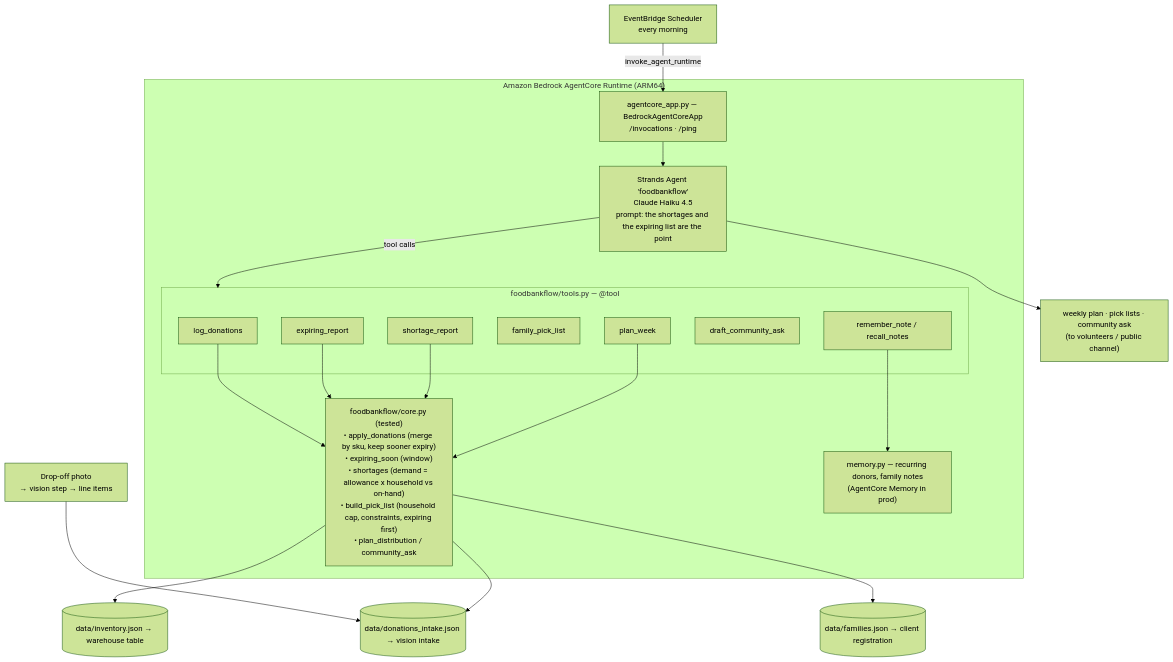
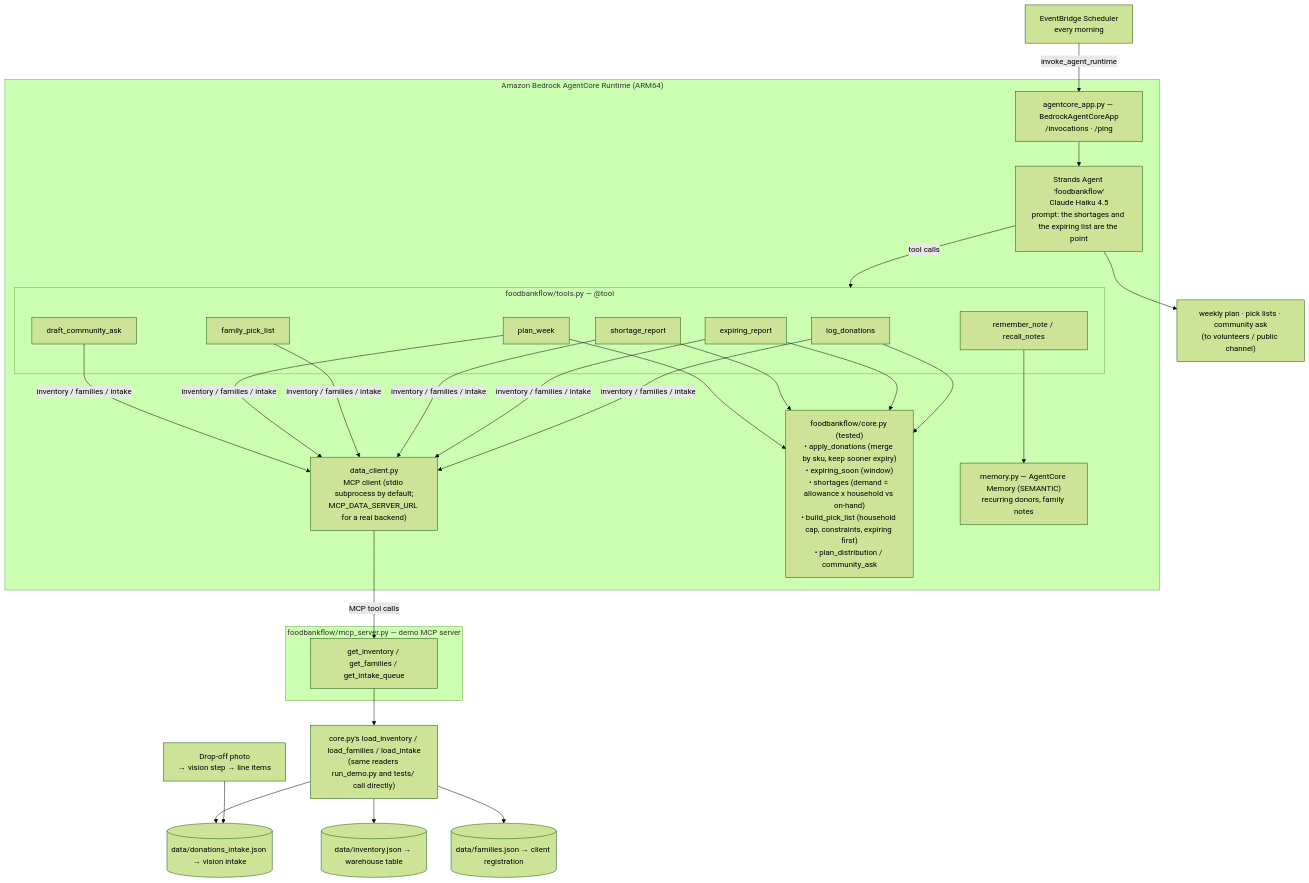
Before and after one commit to nareshsaladi54-wq/foodbank-flow-agent: the diagram in ARCHITECTURE.md, drawn with Mermaid (forest theme). The commit also changed other lines of this file, not shown here.

First line of the commit message:
Document the MCP data-access change in ARCHITECTURE.md

````diff
--- a/ARCHITECTURE.md
+++ b/ARCHITECTURE.md
@@ -9,29 +9,36 @@
 ```mermaid
 flowchart TD
     PHOTO[Drop-off photo\n→ vision step → line items] --> INTAKE
     SCHED[EventBridge Scheduler\nevery morning] -->|invoke_agent_runtime| APP
     subgraph RT["Amazon Bedrock AgentCore Runtime (ARM64)"]
         APP["agentcore_app.py — BedrockAgentCoreApp\n/invocations · /ping"]
         AGENT["Strands Agent 'foodbankflow'\nClaude Haiku 4.5\nprompt: the shortages and the expiring list are the point"]
         APP --> AGENT
         AGENT -->|tool calls| TOOLS
         subgraph TOOLS["foodbankflow/tools.py — @tool"]
             T1[log_donations]
             T2[expiring_report]
             T3[shortage_report]
             T4[family_pick_list]
             T5[plan_week]
             T6[draft_community_ask]
             T7[remember_note / recall_notes]
         end
+        T1 & T2 & T3 & T4 & T5 & T6 -->|inventory / families / intake| DC
+        DC["data_client.py\nMCP client (stdio subprocess by default;\nMCP_DATA_SERVER_URL for a real backend)"]
         T1 --> CORE
         T2 --> CORE
         T3 --> CORE
         T5 --> CORE["foodbankflow/core.py (tested)\n• apply_donations (merge by sku, keep sooner expiry)\n• expiring_soon (window)\n• shortages (demand = allowance x household vs on-hand)\n• build_pick_list (household cap, constraints, expiring first)\n• plan_distribution / community_ask"]
-        T7 --> MEM["memory.py — recurring donors, family notes\n(AgentCore Memory in prod)"]
+        T7 --> MEM["memory.py — AgentCore Memory (SEMANTIC)\nrecurring donors, family notes"]
     end
-    CORE --> INV[("data/inventory.json → warehouse table")]
-    CORE --> INTAKE[("data/donations_intake.json → vision intake")]
-    CORE --> FAM[("data/families.json → client registration")]
+    DC -->|MCP tool calls| MCPSRV
+    subgraph MCPSVC["foodbankflow/mcp_server.py — demo MCP server"]
+        MCPSRV[get_inventory / get_families / get_intake_queue]
+    end
+    MCPSRV --> CORE2["core.py's load_inventory / load_families / load_intake\n(same readers run_demo.py and tests/ call directly)"]
+    CORE2 --> INV[("data/inventory.json → warehouse table")]
+    CORE2 --> INTAKE[("data/donations_intake.json → vision intake")]
+    CORE2 --> FAM[("data/families.json → client registration")]
     AGENT --> OUT["weekly plan · pick lists · community ask\n(to volunteers / public channel)"]
 ```
````
